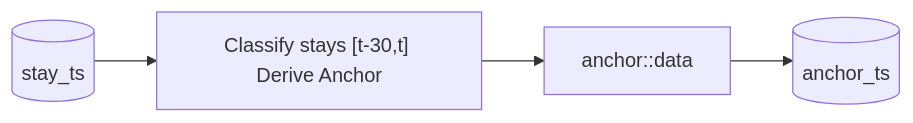
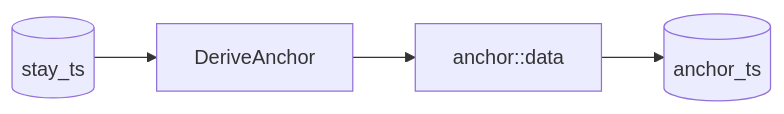
Before and after one commit to djvanderlaan/pipeline: the third of 14 diagrams in README.md, drawn with Mermaid. The commit also changed other lines of this file, not shown here.

````diff
--- a/README.md
+++ b/README.md
@@ -31,7 +31,7 @@
 ```mermaid
 flowchart LR
-  stay_ts[(stay_ts)] --> clas["Classify stays [t-30,t] Derive Anchor"] --> anchor::data --> 
+  stay_ts[(stay_ts)] --> clas["DeriveAnchor"] --> anchor::data --> 
     anchor_ts[(anchor_ts)]
 
 classDef data stroke-width:0px
 ```
````
